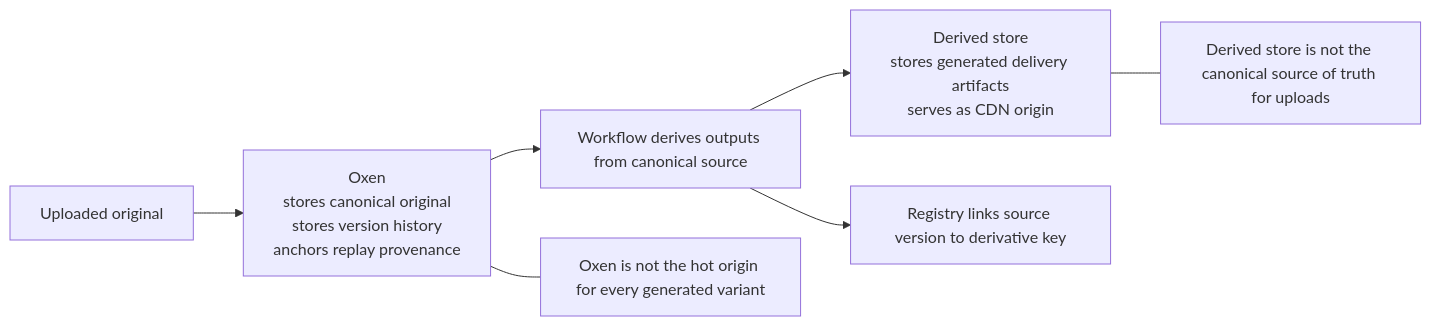
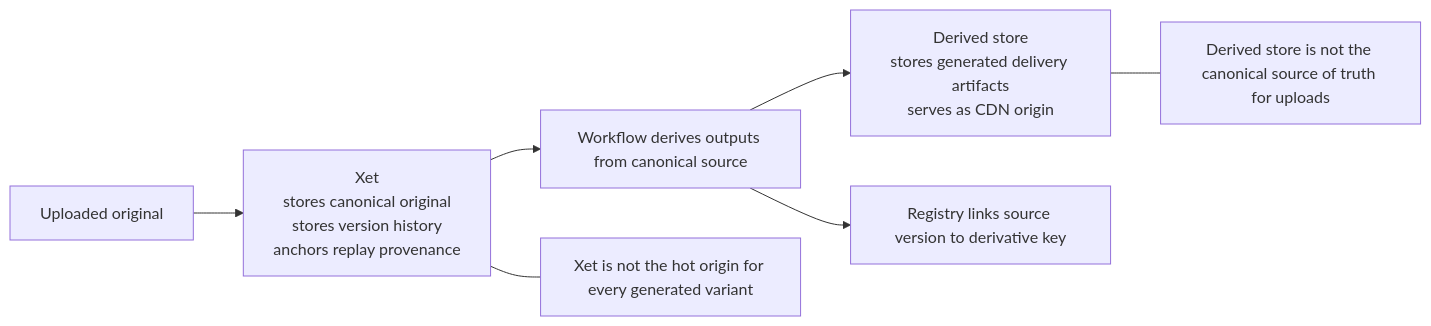
The fourth of 8 diagrams in docs/architecture.md (Yeusepe/cdngine), drawn with Mermaid before and after one commit. The commit also changed other lines of this file and 30 other files, not shown here.

First line of the commit message:
Adopt Xet as canonical content plane

````diff
--- a/docs/architecture.md
+++ b/docs/architecture.md
@@ -237,13 +239,13 @@
 ```mermaid
 flowchart LR
-    Source["Uploaded original"] --> Oxen["Oxen\nstores canonical original\nstores version history\nanchors replay provenance"]
-    Oxen --> Workflow["Workflow derives outputs from canonical source"]
+    Source["Uploaded original"] --> Xet["Xet\nstores canonical original\nstores version history\nanchors replay provenance"]
+    Xet --> Workflow["Workflow derives outputs from canonical source"]
     Workflow --> Derived["Derived store\nstores generated delivery artifacts\nserves as CDN origin"]
     Workflow --> Registry["Registry links source version to derivative key"]
 
-    note1["Oxen is not the hot origin for every generated variant"]
+    note1["Xet is not the hot origin for every generated variant"]
     note2["Derived store is not the canonical source of truth for uploads"]
 
-    Oxen --- note1
+    Xet --- note1
     Derived --- note2
 ```
````
